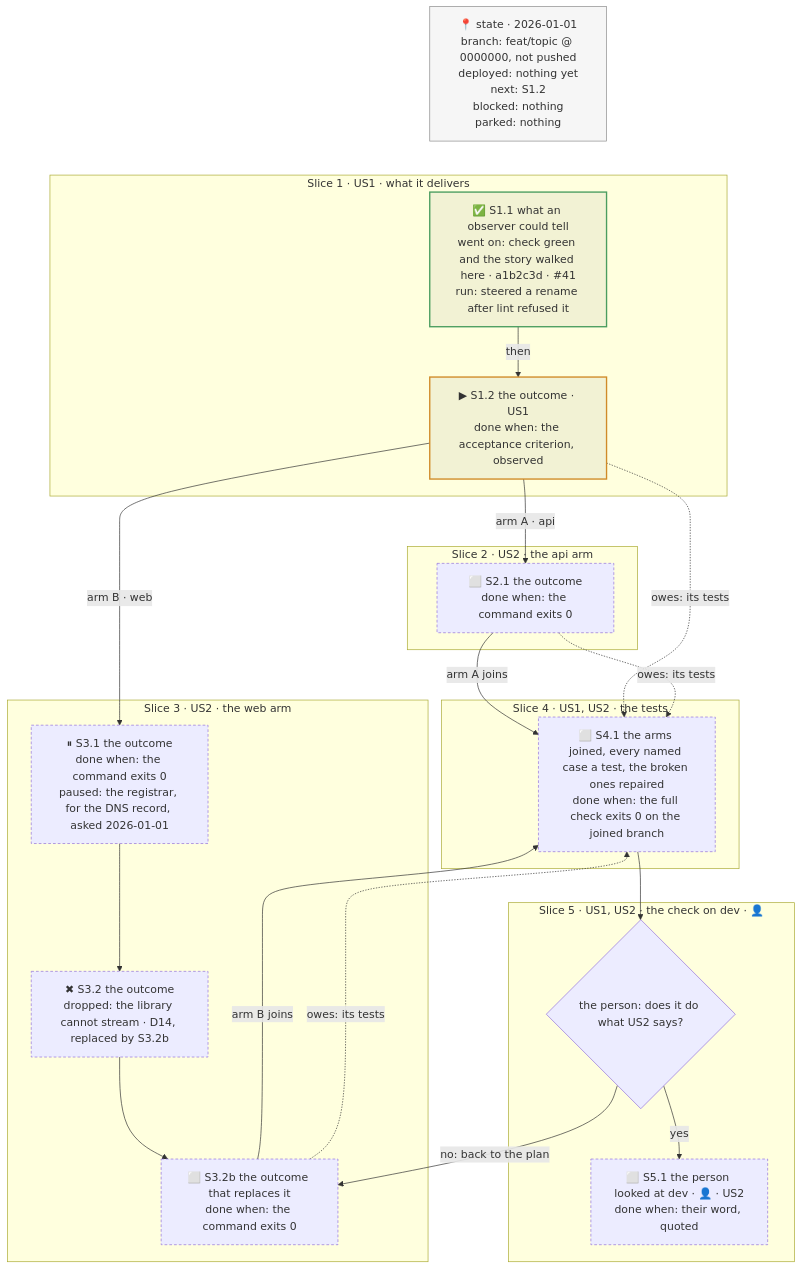
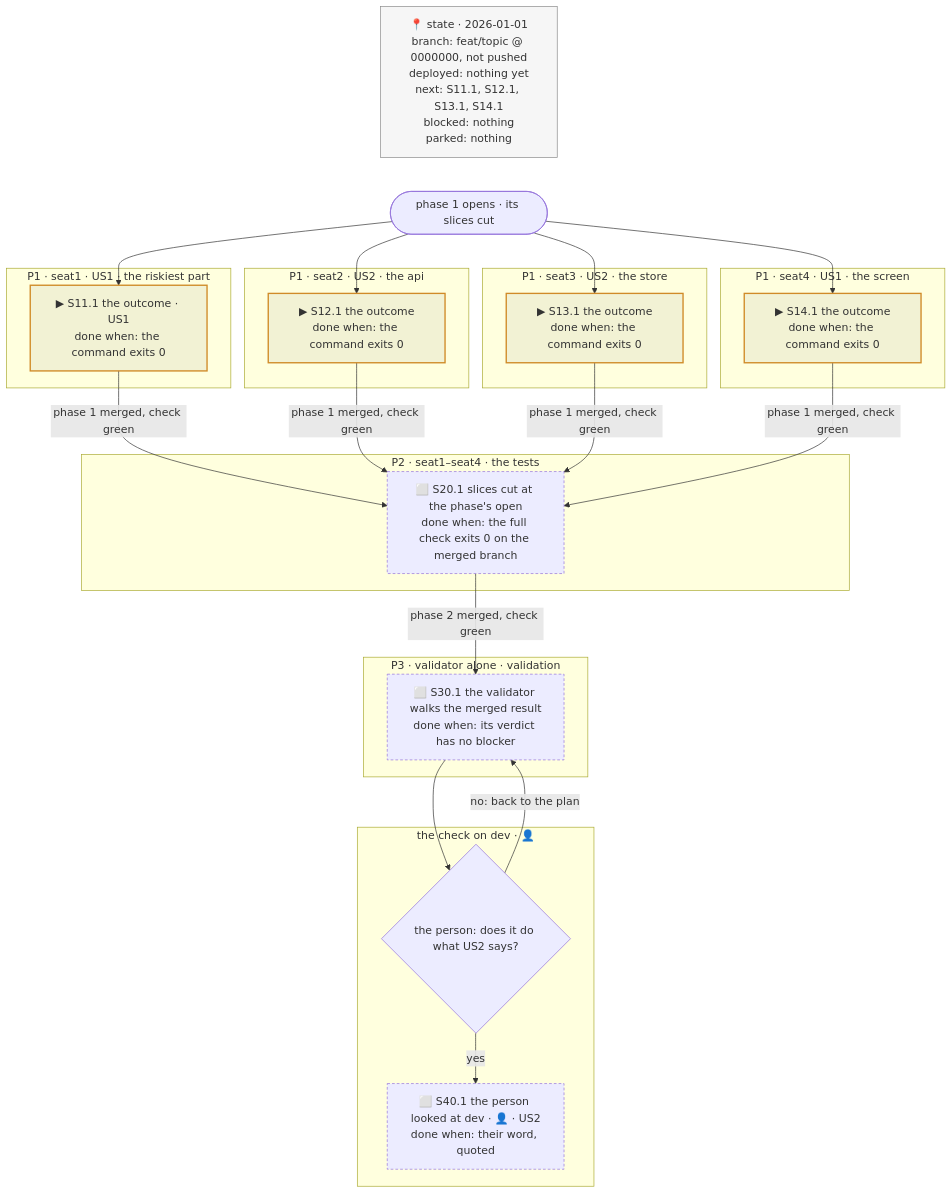
Before and after one commit to Ovich/charrette: the diagram in skills/plan/write-plan/references/tracker-skeleton.md, drawn with Mermaid. The commit also changed other lines of this file and 22 other files, not shown here.

````diff
--- a/skills/plan/write-plan/references/tracker-skeleton.md
+++ b/skills/plan/write-plan/references/tracker-skeleton.md
@@ -9,52 +9,48 @@
 ```mermaid
 flowchart TB
   %% tracker
-  ST["📍 state · 2026-01-01<br/>branch: feat/topic @ 0000000, not pushed<br/>deployed: nothing yet<br/>next: S1.2<br/>blocked: nothing<br/>parked: nothing"]
+  ST["📍 state · 2026-01-01<br/>branch: feat/topic @ 0000000, not pushed<br/>deployed: nothing yet<br/>next: S11.1, S12.1, S13.1, S14.1<br/>blocked: nothing<br/>parked: nothing"]
+  GO(["phase 1 opens · its slices cut"])
 
-  subgraph SL1["Slice 1 · US1 · what it delivers"]
-    S1.1["✅ S1.1 what an observer could tell<br/>went on: check green and the story walked here · a1b2c3d · #41<br/>run: steered a rename after lint refused it"]
-    S1.2["▶ S1.2 the outcome · US1<br/>done when: the acceptance criterion, observed"]
+  subgraph SL11["P1 · seat1 · US1 · the riskiest part"]
+    S11.1["▶ S11.1 the outcome · US1<br/>done when: the command exits 0"]
+  end
+  subgraph SL12["P1 · seat2 · US2 · the api"]
+    S12.1["▶ S12.1 the outcome<br/>done when: the command exits 0"]
+  end
+  subgraph SL13["P1 · seat3 · US2 · the store"]
+    S13.1["▶ S13.1 the outcome<br/>done when: the command exits 0"]
+  end
+  subgraph SL14["P1 · seat4 · US1 · the screen"]
+    S14.1["▶ S14.1 the outcome<br/>done when: the command exits 0"]
   end
 
-  subgraph SL2["Slice 2 · US2 · the api arm"]
-    S2.1["⬜ S2.1 the outcome<br/>done when: the command exits 0"]
+  subgraph SL20["P2 · seat1–seat4 · the tests"]
+    S20.1["⬜ S20.1 slices cut at the phase's open<br/>done when: the full check exits 0 on the merged branch"]
   end
 
-  subgraph SL3["Slice 3 · US2 · the web arm"]
-    S3.1["⏸ S3.1 the outcome<br/>done when: the command exits 0<br/>paused: the registrar, for the DNS record, asked 2026-01-01"]
-    S3.2["✖ S3.2 the outcome<br/>dropped: the library cannot stream · D14, replaced by S3.2b"]
-    S3.2b["⬜ S3.2b the outcome that replaces it<br/>done when: the command exits 0"]
+  subgraph SL30["P3 · validator alone · validation"]
+    S30.1["⬜ S30.1 the validator walks the merged result<br/>done when: its verdict has no blocker"]
   end
 
-  subgraph SL4["Slice 4 · US1, US2 · the tests"]
-    S4.1["⬜ S4.1 the arms joined, every named case a test, the broken ones repaired<br/>done when: the full check exits 0 on the joined branch"]
+  subgraph SL40["the check on dev · 👤"]
+    G4{"the person: does it do what US2 says?"}
+    S40.1["⬜ S40.1 the person looked at dev · 👤 · US2<br/>done when: their word, quoted"]
   end
 
-  subgraph SL5["Slice 5 · US1, US2 · the check on dev · 👤"]
-    G5{"the person: does it do what US2 says?"}
-    S5.1["⬜ S5.1 the person looked at dev · 👤 · US2<br/>done when: their word, quoted"]
-  end
-
-  ST ~~~ S1.1
-  S1.1 -->|"then"| S1.2
-  S1.2 -->|"arm A · api"| S2.1
-  S1.2 -->|"arm B · web"| S3.1
-  S3.1 --> S3.2 --> S3.2b
-  S2.1 -->|"arm A joins"| S4.1
-  S3.2b -->|"arm B joins"| S4.1
-  S4.1 --> G5
-  G5 -->|"yes"| S5.1
-  G5 -->|"no: back to the plan"| S3.2b
-  S1.2 -.->|"owes: its tests"| S4.1
-  S2.1 -.->|"owes: its tests"| S4.1
-  S3.2b -.->|"owes: its tests"| S4.1
+  ST ~~~ GO
+  GO --> S11.1 & S12.1 & S13.1 & S14.1
+  S11.1 & S12.1 & S13.1 & S14.1 -->|"phase 1 merged, check green"| S20.1
+  S20.1 -->|"phase 2 merged, check green"| S30.1
+  S30.1 --> G4
+  G4 -->|"yes"| S40.1
+  G4 -->|"no: back to the plan"| S30.1
 
   classDef done stroke:#4a9d5f,stroke-width:2px,fill:#7f7f7f1a
   classDef next stroke:#d08b28,stroke-width:2px,fill:#7f7f7f1a
   classDef todo stroke-dasharray:4 3
   classDef state stroke:#8a8a8a,stroke-width:1px,fill:#7f7f7f12
-  class S1.1 done
-  class S1.2 next
-  class S2.1,S3.1,S3.2,S3.2b,S4.1,S5.1 todo
+  class S11.1,S12.1,S13.1,S14.1 next
+  class S20.1,S30.1,S40.1 todo
   class ST state
 ```
````
